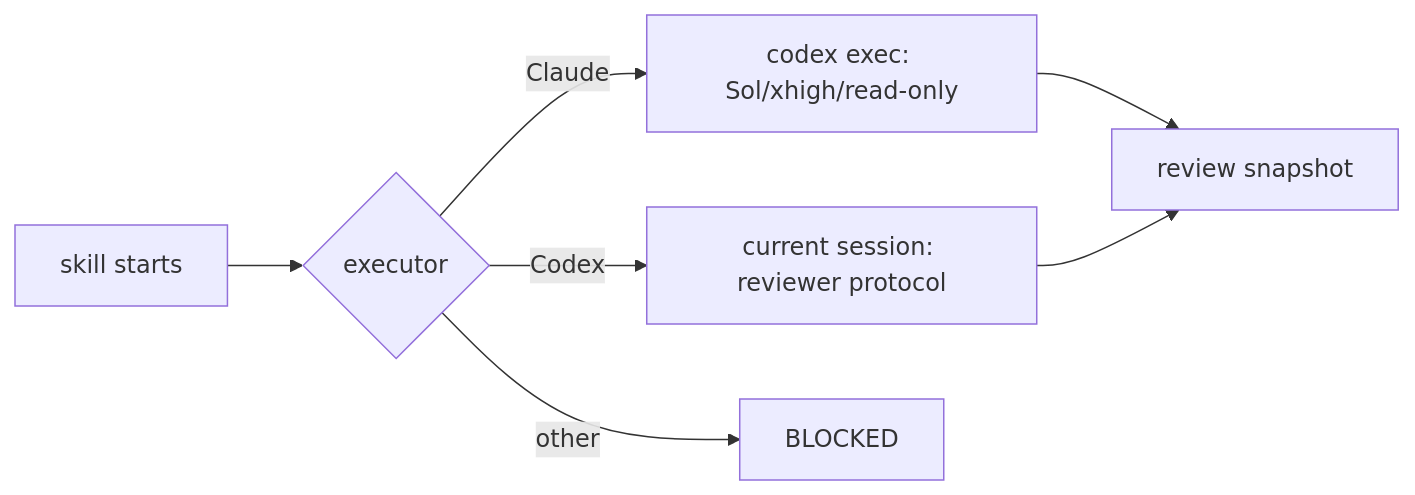
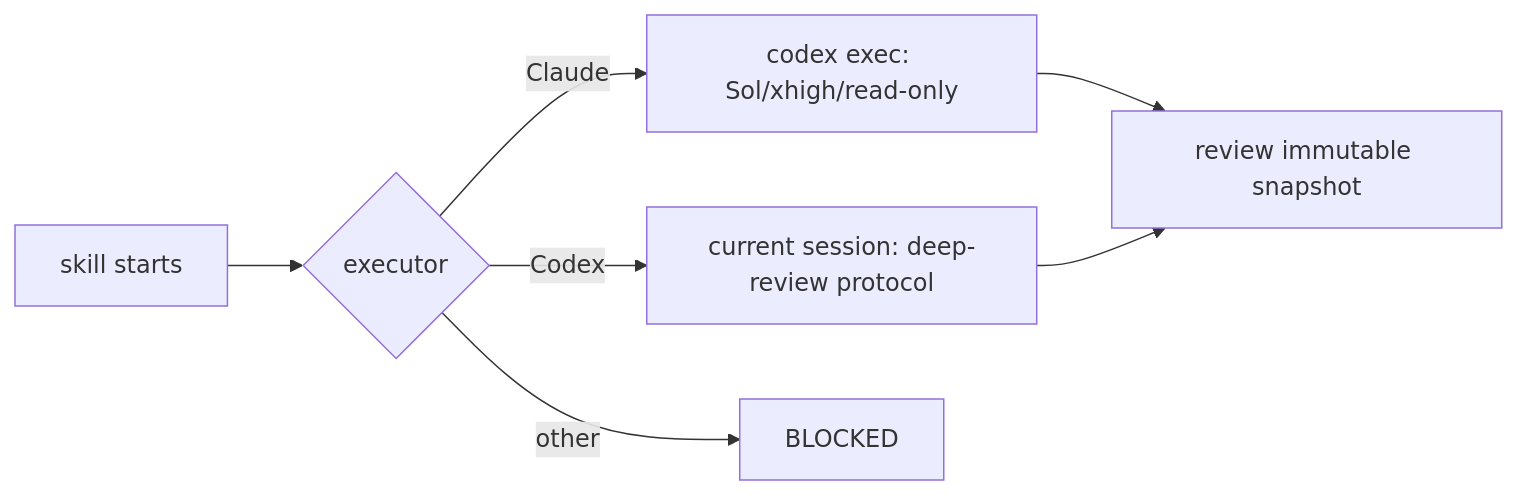
Before and after one commit to ds1david/speckit-powerpack: the first of 2 diagrams in docs/IMPLEMENT_REVIEW.md, drawn with Mermaid. The commit also changed other lines of this file, not shown here.

Commit message:
docs(review): document deep evidence, repeated finding and Web profile contracts

````diff
--- a/docs/IMPLEMENT_REVIEW.md
+++ b/docs/IMPLEMENT_REVIEW.md
@@ -20,9 +26,9 @@
 ```mermaid
 flowchart LR
     S[skill starts] --> E{executor}
     E -->|Claude| X[codex exec: Sol/xhigh/read-only]
-    E -->|Codex| L[current session: reviewer protocol]
-    X --> R[review snapshot]
+    E -->|Codex| L[current session: deep-review protocol]
+    X --> R[review immutable snapshot]
     L --> R
     E -->|other| B[BLOCKED]
 ```
````
